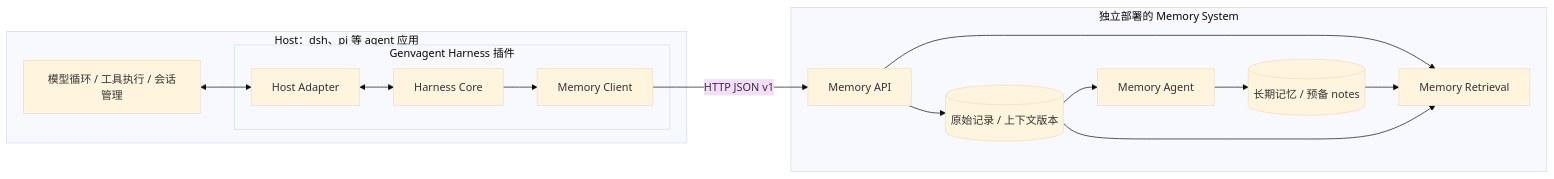
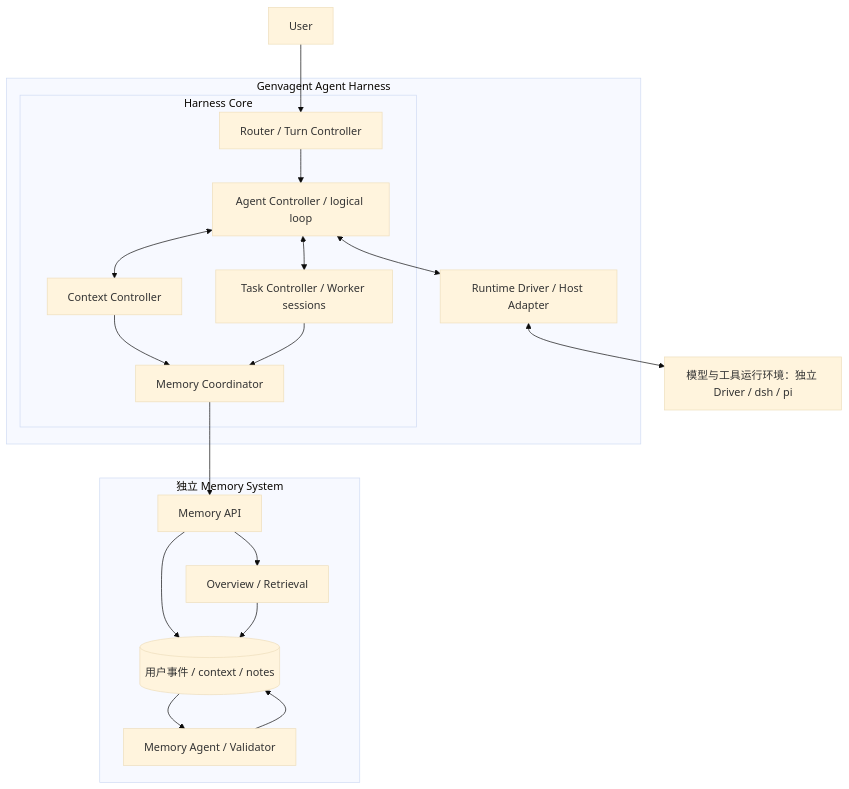
The diagram in docs/architecture.md (langsfang/ga), drawn with Mermaid (base theme) before and after one commit. The commit also changed other lines of this file and 4 other files, not shown here.

````diff
--- a/docs/architecture.md
+++ b/docs/architecture.md
@@ -25,28 +26,33 @@
 ```mermaid
-flowchart LR
-    subgraph HostApp["Host：dsh、pi 等 agent 应用"]
-        E[模型循环 / 工具执行 / 会话管理]
-        subgraph Plugin["Genvagent Harness 插件"]
-            D[Host Adapter]
-            H[Harness Core]
-            C[Memory Client]
-            D <--> H
-            H --> C
+flowchart TB
+    U[User] --> R
+    subgraph H["Genvagent Agent Harness"]
+        subgraph C["Harness Core"]
+            R[Router / Turn Controller]
+            L[Agent Controller / logical loop]
+            T[Task Controller / Worker sessions]
+            X[Context Controller]
+            S[Memory Coordinator]
+            R --> L
+            L <--> T
+            L <--> X
+            X --> S
+            T --> S
         end
-        E <--> D
+        D[Runtime Driver / Host Adapter]
+        L <--> D
     end
-    subgraph Memory["独立部署的 Memory System"]
-        A[Memory API]
-        S[(原始记录 / 上下文版本)]
-        R[Memory Retrieval]
-        M[Memory Agent]
-        N[(长期记忆 / 预备 notes)]
-        A --> S
-        A --> R
-        S --> M
-        M --> N
-        N --> R
-        S --> R
+    D <--> HOST[模型与工具运行环境：独立 Driver / dsh / pi]
+    S --> API
+    subgraph M["独立 Memory System"]
+        API[Memory API]
+        DATA[(用户事件 / context / notes)]
+        FIND[Overview / Retrieval]
+        DREAM[Memory Agent / Validator]
+        API --> DATA
+        API --> FIND
+        DATA --> DREAM
+        DREAM --> DATA
+        FIND --> DATA
     end
-    C -->|HTTP JSON v1| A
 ```
````
